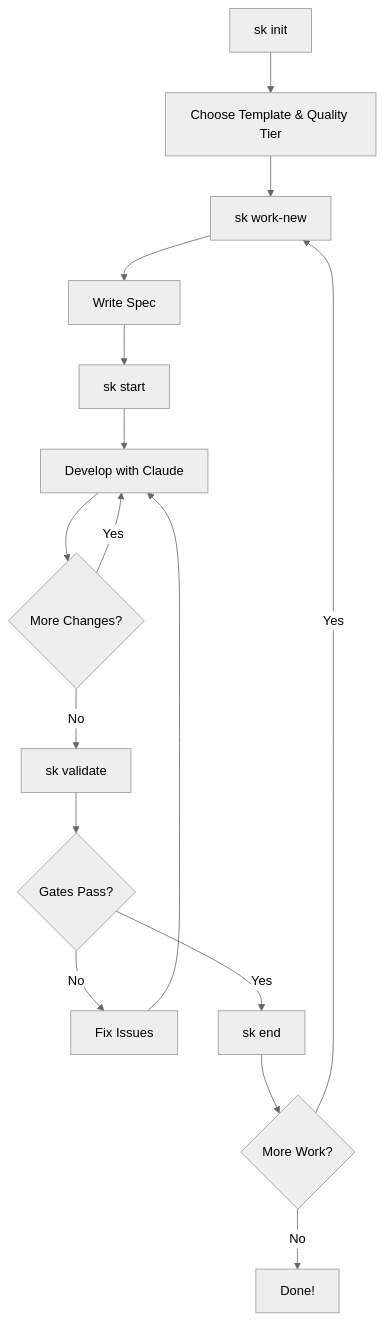
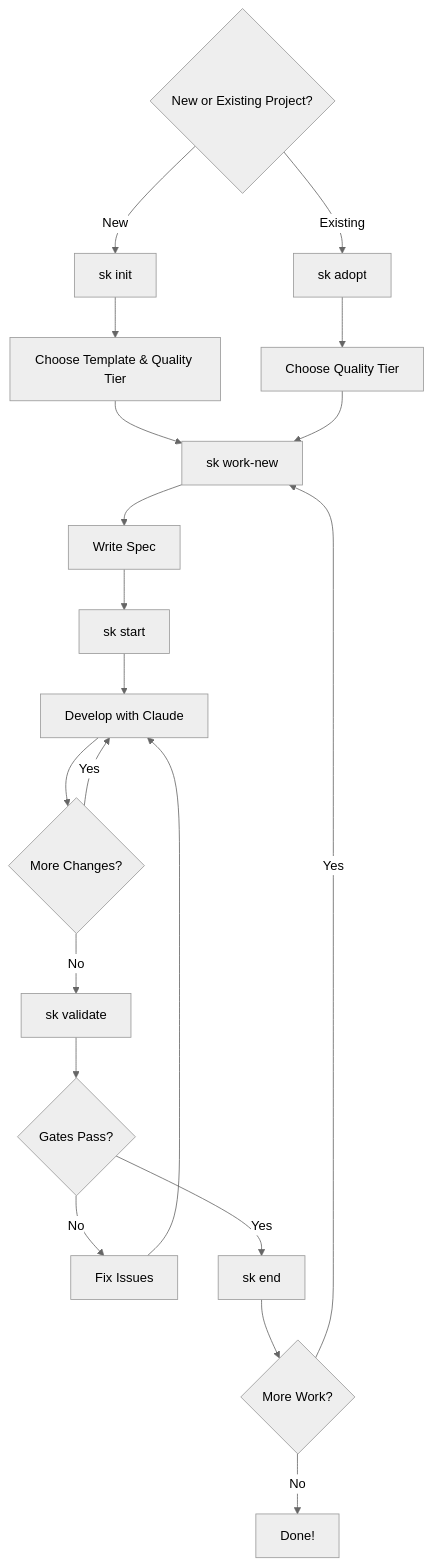
The diagram in README.md (ankushdixit/solokit), drawn with Mermaid (neutral theme) before and after one commit. The commit also changed other lines of this file and 29 other files, not shown here.

````diff
--- a/README.md
+++ b/README.md
@@ -504,18 +560,23 @@
 ```mermaid
 graph TD
-    A[sk init] --> B[Choose Template & Quality Tier]
+    Start{New or Existing Project?}
+    Start -->|New| A[sk init]
+    Start -->|Existing| A2[sk adopt]
+    A --> B[Choose Template & Quality Tier]
+    A2 --> B2[Choose Quality Tier]
     B --> C[sk work-new]
+    B2 --> C
     C --> D[Write Spec]
     D --> E[sk start]
     E --> F[Develop with Claude]
     F --> G{More Changes?}
     G -->|Yes| F
     G -->|No| H[sk validate]
     H --> I{Gates Pass?}
     I -->|No| J[Fix Issues]
     J --> F
     I -->|Yes| K[sk end]
     K --> L{More Work?}
     L -->|Yes| C
     L -->|No| M[Done!]
 ```
````
